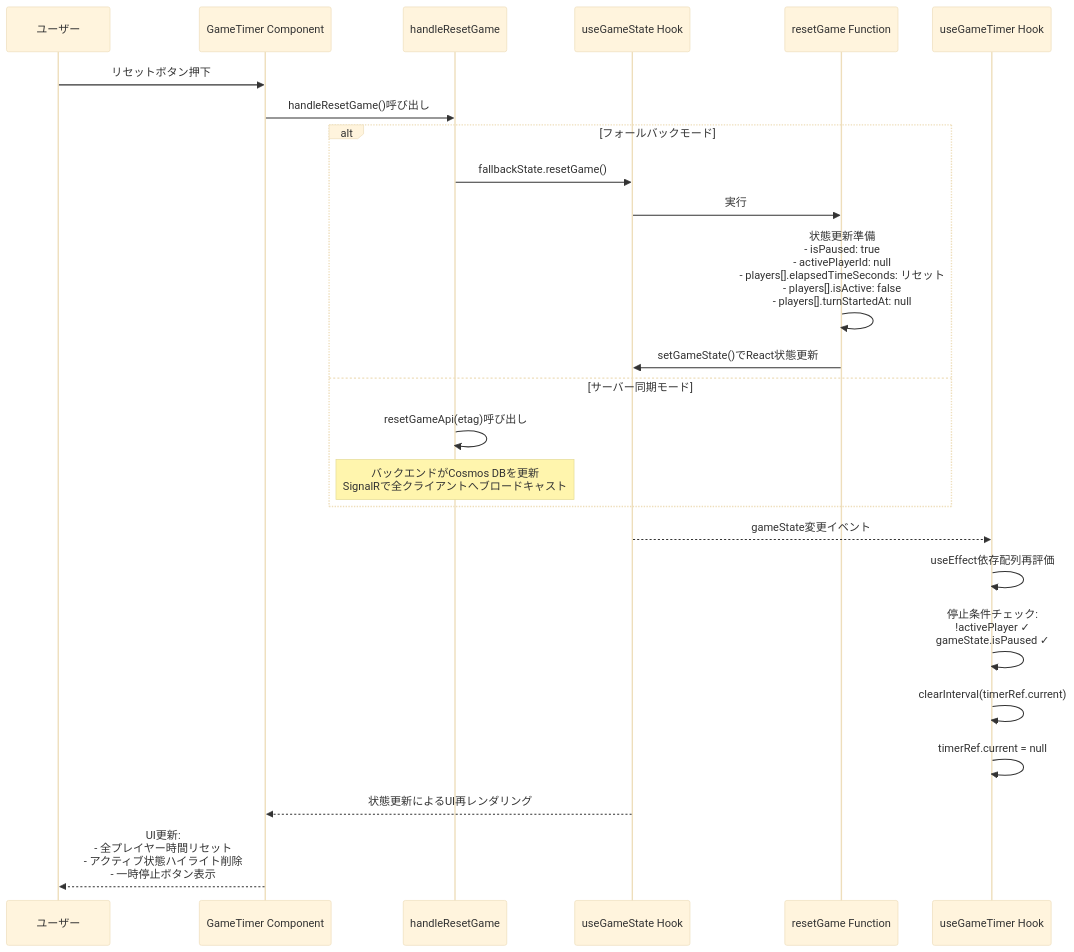
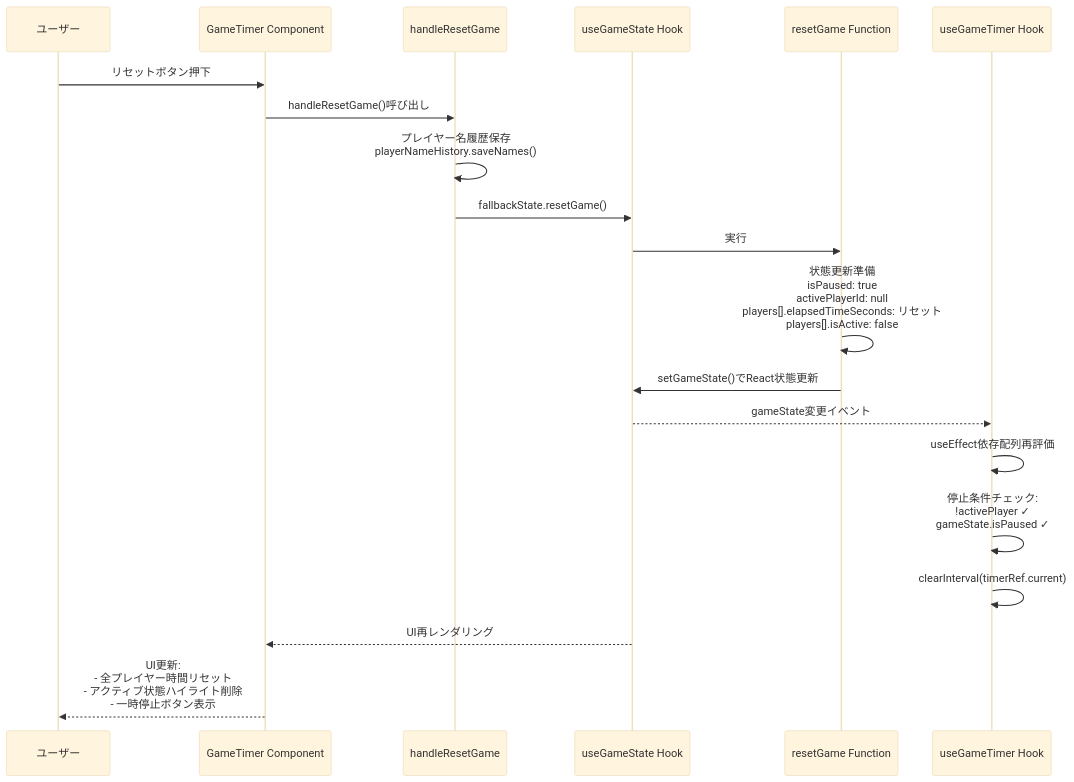
One commit to Jillrinn/tickTackFour changed the third of 5 diagrams in .kiro/specs/reset-button-fix/design.md. Above: the diagram before and after it, drawn with Mermaid (base theme). The commit also changed other lines of this file and 1 other file, not shown here.

First line of the commit message:
設計やり直し: リセットボタン不具合修正（reset-button-fix）

````diff
--- a/.kiro/specs/reset-button-fix/design.md
+++ b/.kiro/specs/reset-button-fix/design.md
@@ -129,31 +202,26 @@
 ```mermaid
 sequenceDiagram
     participant User as ユーザー
     participant UI as GameTimer Component
     participant Handler as handleResetGame
     participant UseGameState as useGameState Hook
     participant ResetFn as resetGame Function
     participant UseGameTimer as useGameTimer Hook
 
     User->>UI: リセットボタン押下
     UI->>Handler: handleResetGame()呼び出し
 
-    alt フォールバックモード
-        Handler->>UseGameState: fallbackState.resetGame()
-        UseGameState->>ResetFn: 実行
-        ResetFn->>ResetFn: 状態更新準備<br/>- isPaused: true<br/>- activePlayerId: null<br/>- players[].elapsedTimeSeconds: リセット<br/>- players[].isActive: false<br/>- players[].turnStartedAt: null
-        ResetFn->>UseGameState: setGameState()でReact状態更新
-    else サーバー同期モード
-        Handler->>Handler: resetGameApi(etag)呼び出し
-        Note over Handler: バックエンドがCosmos DBを更新<br/>SignalRで全クライアントへブロードキャスト
-    end
+    Handler->>Handler: プレイヤー名履歴保存<br/>playerNameHistory.saveNames()
+    Handler->>UseGameState: fallbackState.resetGame()
+    UseGameState->>ResetFn: 実行
+    ResetFn->>ResetFn: 状態更新準備<br/>isPaused: true<br/>activePlayerId: null<br/>players[].elapsedTimeSeconds: リセット<br/>players[].isActive: false
+    ResetFn->>UseGameState: setGameState()でReact状態更新
 
     UseGameState-->>UseGameTimer: gameState変更イベント
     UseGameTimer->>UseGameTimer: useEffect依存配列再評価
     UseGameTimer->>UseGameTimer: 停止条件チェック:<br/>!activePlayer ✓<br/>gameState.isPaused ✓
     UseGameTimer->>UseGameTimer: clearInterval(timerRef.current)
-    UseGameTimer->>UseGameTimer: timerRef.current = null
 
-    UseGameState-->>UI: 状態更新によるUI再レンダリング
+    UseGameState-->>UI: UI再レンダリング
     UI-->>User: UI更新:<br/>- 全プレイヤー時間リセット<br/>- アクティブ状態ハイライト削除<br/>- 一時停止ボタン表示
 ```
````
